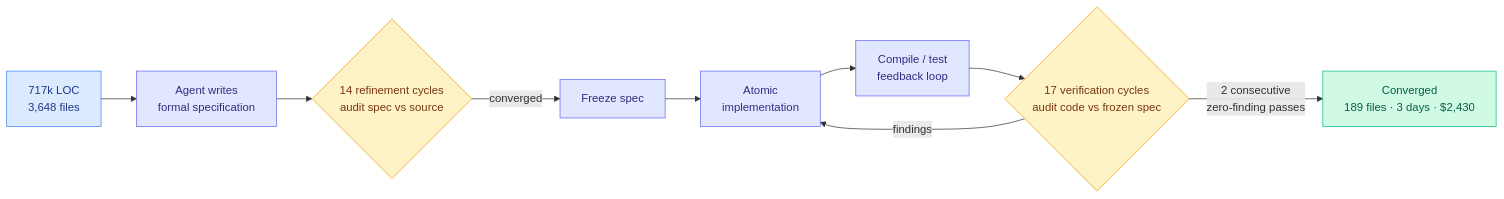
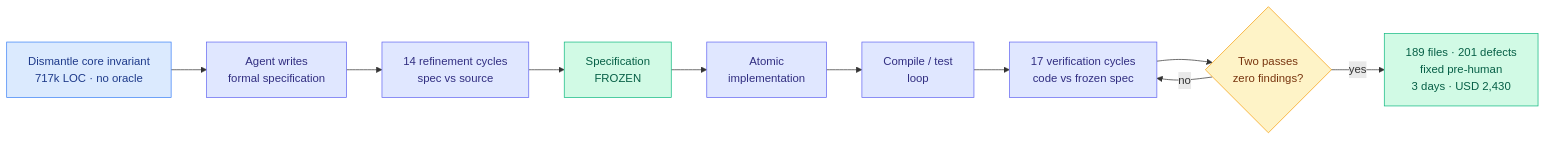
One commit to bayesiansapien/cere-bro changed the fifth of 5 diagrams in wiki/daily-digest/2026-08/2026-08-16.md. Above: the diagram before and after it, drawn with Mermaid. The commit also changed other lines of this file, not shown here.

````diff
--- a/wiki/daily-digest/2026-08/2026-08-16.md
+++ b/wiki/daily-digest/2026-08/2026-08-16.md
@@ -248,19 +318,20 @@
 ```mermaid
 flowchart LR
-  SRC[717k LOC<br/>3,648 files] --> SPEC[Agent writes<br/>formal specification]
-  SPEC --> REF{14 refinement cycles<br/>audit spec vs source}
-  REF -->|converged| FREEZE[Freeze spec]
-  FREEZE --> IMPL[Atomic<br/>implementation]
-  IMPL --> CT[Compile / test<br/>feedback loop]
-  CT --> VER{17 verification cycles<br/>audit code vs frozen spec}
-  VER -->|findings| IMPL
-  VER -->|2 consecutive<br/>zero-finding passes| DONE[Converged<br/>189 files · 3 days · $2,430]
+  T[Dismantle core invariant<br/>717k LOC · no oracle] --> S[Agent writes<br/>formal specification]
+  S --> RC[14 refinement cycles<br/>spec vs source]
+  RC --> FR[Specification<br/>FROZEN]
+  FR --> IMP[Atomic<br/>implementation]
+  IMP --> CT[Compile / test<br/>loop]
+  CT --> VC[17 verification cycles<br/>code vs frozen spec]
+  VC --> Z{Two passes<br/>zero findings?}
+  Z -->|no| VC
+  Z -->|yes| DONE[189 files · 201 defects<br/>fixed pre-human<br/>3 days · USD 2,430]
   classDef input fill:#dbeafe,stroke:#3b82f6,color:#1e3a8a
   classDef decision fill:#fef3c7,stroke:#f59e0b,color:#78350f
   classDef output fill:#d1fae5,stroke:#10b981,color:#065f46
   classDef aux fill:#e0e7ff,stroke:#6366f1,color:#312e81
-  class SRC input
-  class REF,VER decision
-  class DONE output
-  class SPEC,FREEZE,IMPL,CT aux
+  class T input
+  class Z decision
+  class DONE,FR output
+  class S,RC,IMP,CT,VC aux
 ```
````
